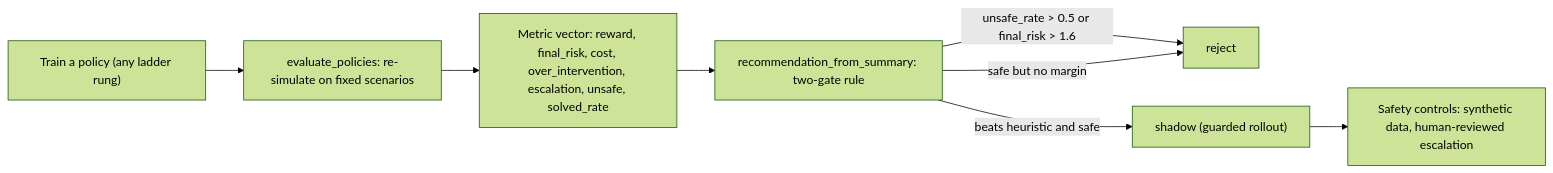
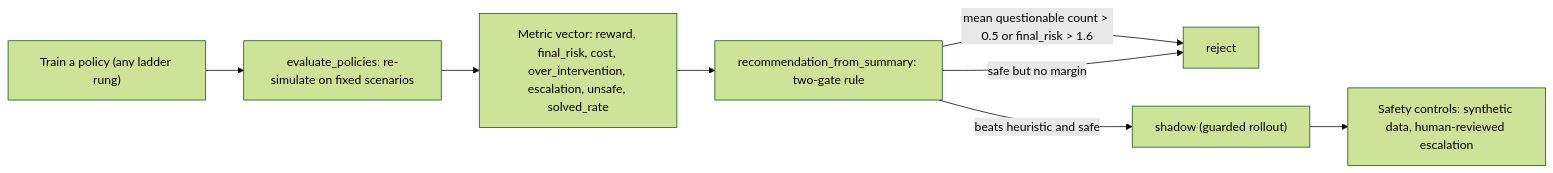
One commit to conqueror/mcgill-showcases changed the diagram in projects/student-support-rl-showcase/docs/evaluation-and-governance.md. Above: the diagram before and after it, drawn with Mermaid (forest theme). The commit also changed other lines of this file and 19 other files, not shown here.

````diff
--- a/projects/student-support-rl-showcase/docs/evaluation-and-governance.md
+++ b/projects/student-support-rl-showcase/docs/evaluation-and-governance.md
@@ -124,10 +126,10 @@
 ```mermaid
 flowchart LR
     train["Train a policy (any ladder rung)"] --> eval["evaluate_policies: re-simulate on fixed scenarios"]
     eval --> vec["Metric vector: reward, final_risk, cost, over_intervention, escalation, unsafe, solved_rate"]
     vec --> gate["recommendation_from_summary: two-gate rule"]
-    gate -->|"unsafe_rate > 0.5 or final_risk > 1.6"| reject["reject"]
+    gate -->|"mean questionable count > 0.5 or final_risk > 1.6"| reject["reject"]
     gate -->|"beats heuristic and safe"| shadow["shadow (guarded rollout)"]
     gate -->|"safe but no margin"| reject
     shadow --> controls["Safety controls: synthetic data, human-reviewed escalation"]
 ```
````
